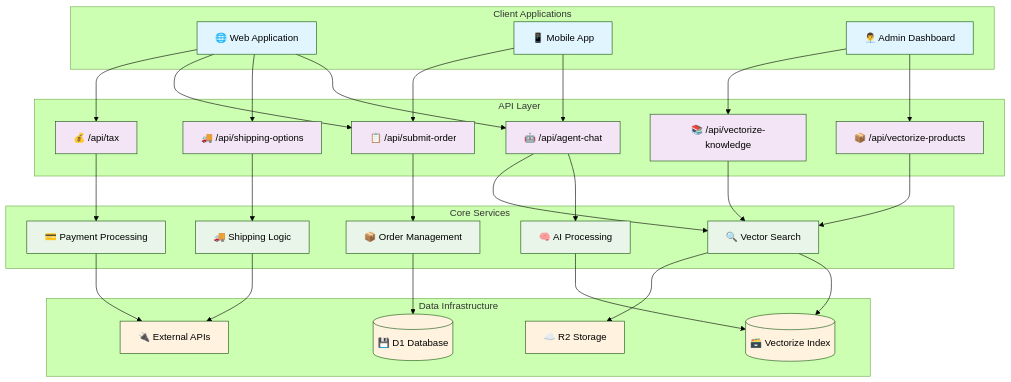
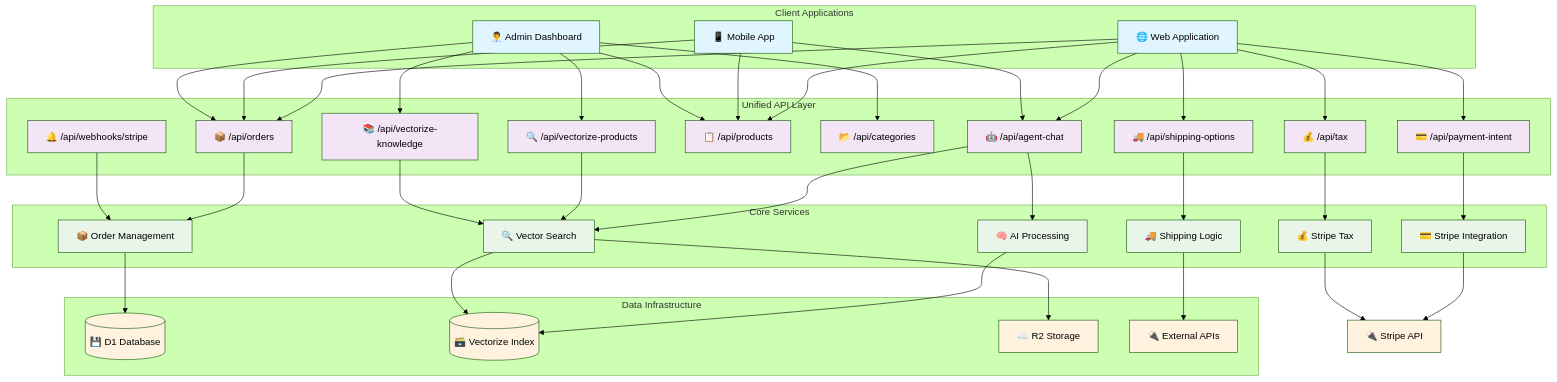
The first of 5 diagrams in docs/api-architecture.md (russellkmoore/mercora), drawn with Mermaid (forest theme) before and after one commit. The commit also changed other lines of this file and 14 other files, not shown here.

````diff
--- a/docs/api-architecture.md
+++ b/docs/api-architecture.md
@@ -12,13 +14,17 @@
     end
 
     %% API Gateway
-    subgraph "API Layer"
+    subgraph "Unified API Layer"
         AgentChat[🤖 /api/agent-chat]
-        VectorizeProducts[📦 /api/vectorize-products]
+        Orders[📦 /api/orders]
+        PaymentIntent[💳 /api/payment-intent]
+        Tax[💰 /api/tax]
+        Products[📋 /api/products]
+        Categories[📂 /api/categories]
+        ShippingOptions[🚚 /api/shipping-options]
+        VectorizeProducts[🔍 /api/vectorize-products]
         VectorizeKnowledge[📚 /api/vectorize-knowledge]
-        ShippingOptions[🚚 /api/shipping-options]
-        SubmitOrder[📋 /api/submit-order]
-        TaxCalculation[💰 /api/tax]
+        StripeWebhooks[🔔 /api/webhooks/stripe]
     end
 
     %% Core Services
@@ -26,8 +32,9 @@
         AIService[🧠 AI Processing]
         VectorService[🔍 Vector Search]
         OrderService[📦 Order Management]
-        PaymentService[💳 Payment Processing]
+        PaymentService[💳 Stripe Integration]
         ShippingService[🚚 Shipping Logic]
+        TaxService[💰 Stripe Tax]
     end
 
     %% Data Layer
@@ -40,30 +47,39 @@
 
     %% Connections
     WebApp --> AgentChat
+    WebApp --> Orders
+    WebApp --> PaymentIntent
+    WebApp --> Tax
+    WebApp --> Products
     WebApp --> ShippingOptions
-    WebApp --> SubmitOrder
-    WebApp --> TaxCalculation
     
     Mobile --> AgentChat
-    Mobile --> SubmitOrder
+    Mobile --> Orders
+    Mobile --> Products
     
     Admin --> VectorizeProducts
     Admin --> VectorizeKnowledge
+    Admin --> Orders
+    Admin --> Products
+    Admin --> Categories
 
     AgentChat --> AIService
     AgentChat --> VectorService
     VectorizeProducts --> VectorService
     VectorizeKnowledge --> VectorService
     
+    Orders --> OrderService
+    PaymentIntent --> PaymentService
+    Tax --> TaxService
     ShippingOptions --> ShippingService
-    SubmitOrder --> OrderService
-    TaxCalculation --> PaymentService
+    StripeWebhooks --> OrderService
 
     AIService --> VectorDatabase
     VectorService --> VectorDatabase
     VectorService --> R2Storage
     OrderService --> D1Database
-    PaymentService --> ExternalAPIs
+    PaymentService --> StripeAPI[🔌 Stripe API]
+    TaxService --> StripeAPI
     ShippingService --> ExternalAPIs
 
     %% Styling
@@ -73,7 +89,7 @@
     classDef data fill:#fff3e0
 
     class WebApp,Mobile,Admin client
-    class AgentChat,VectorizeProducts,VectorizeKnowledge,ShippingOptions,SubmitOrder,TaxCalculation api
-    class AIService,VectorService,OrderService,PaymentService,ShippingService service
-    class D1Database,VectorDatabase,R2Storage,ExternalAPIs data
+    class AgentChat,Orders,PaymentIntent,Tax,Products,Categories,ShippingOptions,VectorizeProducts,VectorizeKnowledge,StripeWebhooks api
+    class AIService,VectorService,OrderService,PaymentService,TaxService,ShippingService service
+    class D1Database,VectorDatabase,R2Storage,StripeAPI,ExternalAPIs data
 ```
````
